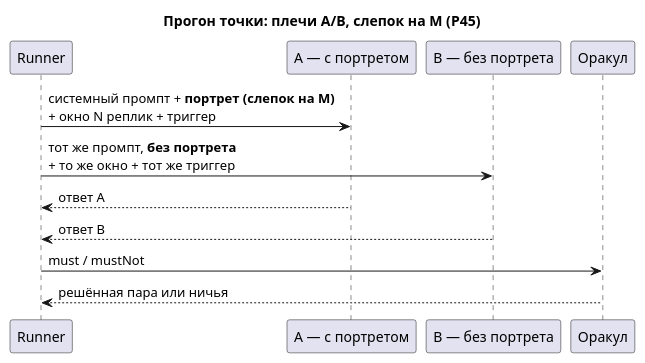
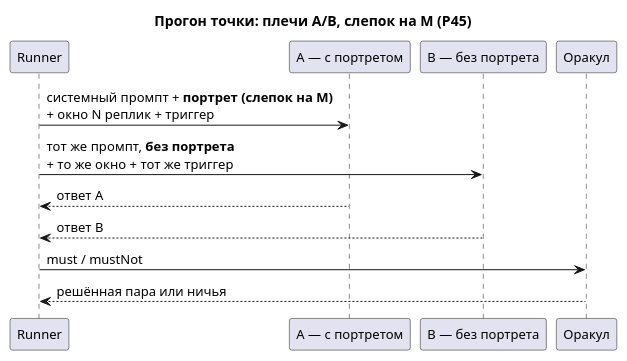
Before and after one commit to longirun/gestalt: the diagram in docs/spec/eval/прогон-плечей.puml, drawn with PlantUML. The commit also changed 3 other files, not shown here.

```diff
--- a/docs/spec/eval/прогон-плечей.puml
+++ b/docs/spec/eval/прогон-плечей.puml
@@ -1,13 +1,16 @@
 @startuml прогон-плечей
 title Прогон точки: плечи A/B, слепок на M (Р45)
+
+skinparam defaultFontSize 13
+
 participant "Runner" as R
 participant "A — с портретом" as A
 participant "B — без портрета" as B
 participant "Оракул" as O
 R -> A: системный промпт + **портрет (слепок на M)**\n+ окно N реплик + триггер
 R -> B: тот же промпт, **без портрета**\n+ то же окно + тот же триггер
 A --> R: ответ A
 B --> R: ответ B
 R -> O: must / mustNot
 O --> R: решённая пара или ничья
 @enduml
```
